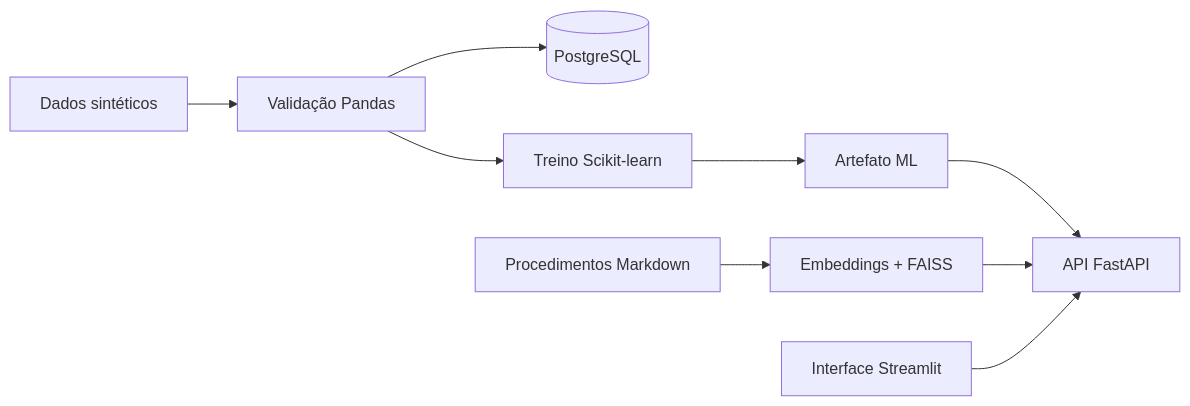
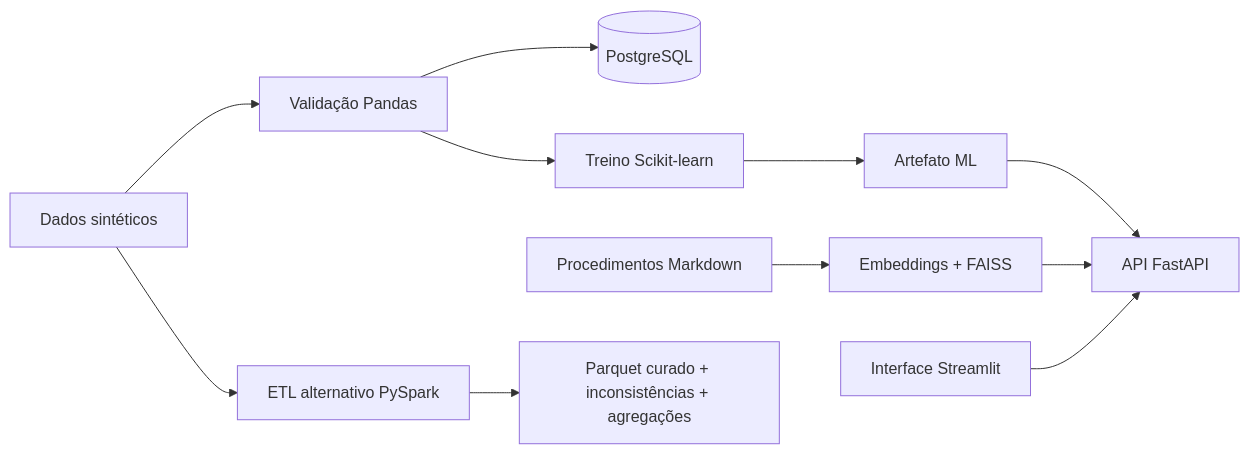
Before and after one commit to phdataengineering/industrial-quality-monitor: the diagram in README.md, drawn with Mermaid. The commit also changed other lines of this file and 9 other files, not shown here.

Commit message:
feat: adiciona pipeline ETL opcional com Apache Spark

````diff
--- a/README.md
+++ b/README.md
@@ -27,11 +28,13 @@
 ```mermaid
 flowchart LR
     A[Dados sintéticos] --> B[Validação Pandas]
     B --> C[(PostgreSQL)]
     B --> D[Treino Scikit-learn]
     D --> E[Artefato ML]
     F[Procedimentos Markdown] --> G[Embeddings + FAISS]
     E --> H[API FastAPI]
     G --> H
     I[Interface Streamlit] --> H
+    A --> J[ETL alternativo PySpark]
+    J --> K[Parquet curado + inconsistências + agregações]
 ```
````
